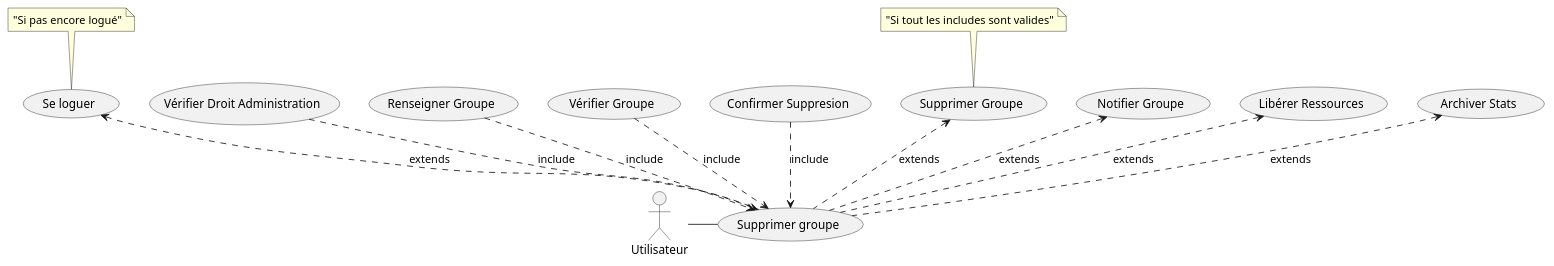
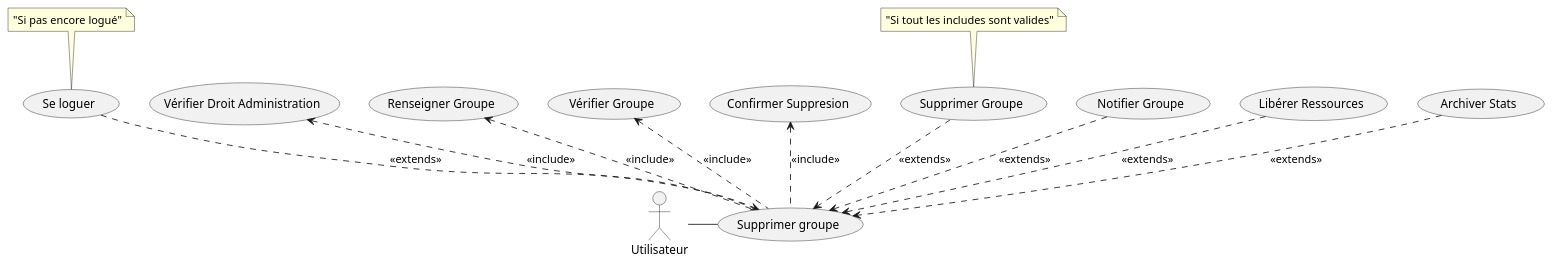
The diagram in docs/use_cases/SupprimerGroupe.puml (clementfvrl/projet_linux), drawn with PlantUML before and after one commit. The commit also changed 10 other files, not shown here.

```diff
--- a/docs/use_cases/SupprimerGroupe.puml
+++ b/docs/use_cases/SupprimerGroupe.puml
@@ -1,18 +1,18 @@
 @startuml
 actor Utilisateur as User
 top to bottom direction
 usecase (Supprimer groupe) as create
 :User: -right- create
-(Se loguer) <.. create :  extends  
+(Se loguer) ..> create :  << extends >>  
 note top of  (Se loguer) : "Si pas encore logué"
-(Vérifier Droit Administration) ..> create : include 
-(Renseigner Groupe) ..> create :  include
-(Vérifier Groupe) ..> create :  include 
-(Confirmer Suppresion) ..> create :  include 
-(Supprimer Groupe) <.. create :  extends 
+(Vérifier Droit Administration) <.. create : << include >>
+(Renseigner Groupe) <.. create :  << include >>
+(Vérifier Groupe) <.. create :  << include >>
+(Confirmer Suppresion) <.. create :  << include >>
+(Supprimer Groupe) ..> create :  << extends >>
 note top of  (Supprimer Groupe) : "Si tout les includes sont valides" 
-(Notifier Groupe) <.. create :  extends 
-(Libérer Ressources) <.. create :  extends 
-(Archiver Stats) <.. create :  extends 
+(Notifier Groupe) ..> create :  << extends >>
+(Libérer Ressources) ..> create :  << extends >>
+(Archiver Stats) ..> create :  << extends >>
 
 @enduml
```
